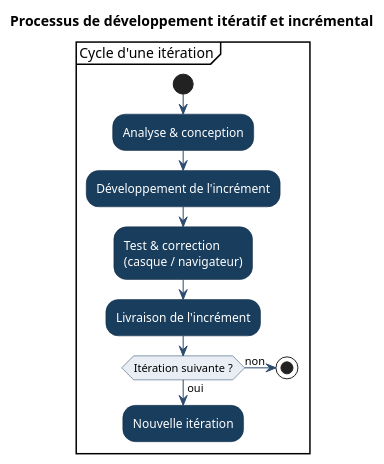
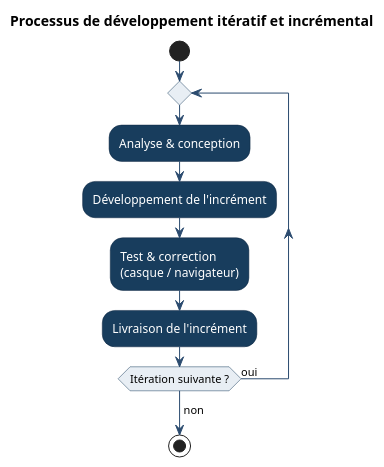
Before and after one commit to sayenjabo/TynassIt_PFE: the diagram in PUML/processus_iteratif.puml, drawn with PlantUML. The commit also changed 70 other files, not shown here.

```diff
--- a/PUML/processus_iteratif.puml
+++ b/PUML/processus_iteratif.puml
@@ -1,32 +1,37 @@
 @startuml Processus_iteratif
 ' Processus de développement itératif et incrémental --- Immersio
 skinparam shadowing false
 skinparam defaultFontName Helvetica
 skinparam ArrowColor #2B4B6F
 
 ' ============ Partie 1 : le cycle des phases ============
 skinparam activity {
   BackgroundColor #183D5D
   FontColor #FFFFFF
   BorderColor #0E2740
   DiamondBackgroundColor #E8EEF4
   DiamondFontColor #000000
   DiamondBorderColor #183D5D
 }
 
 title Processus de développement itératif et incrémental
 
-partition "Cycle d'une itération" {
-  start
+start
+
+repeat
+
   :Analyse & conception;
+
   :Développement de l'incrément;
+
   :Test & correction\n(casque / navigateur);
+
   :Livraison de l'incrément;
-  if (Itération suivante ?) then (oui)
-    :Nouvelle itération;
-    detach
-  else (non)
-    stop
-  endif
-}
+
+repeat while (Itération suivante ?) is (oui)
+
+-> non;
+
+stop
+
 @enduml
```
